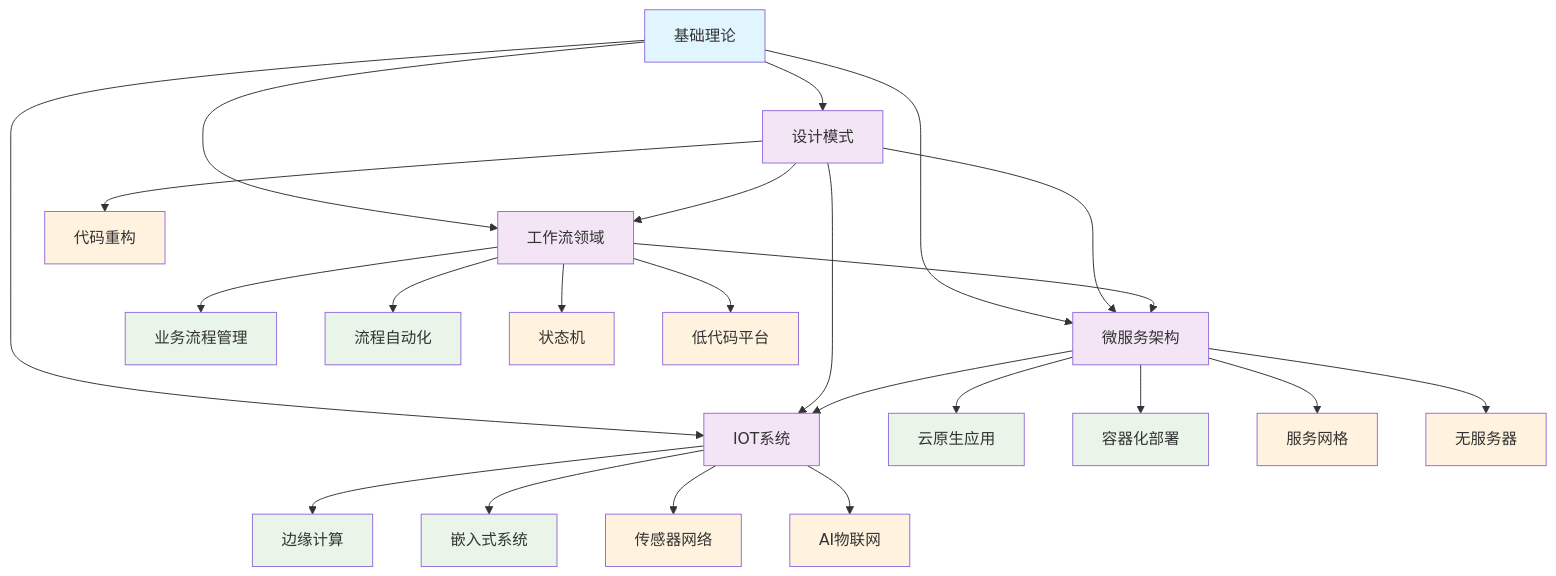
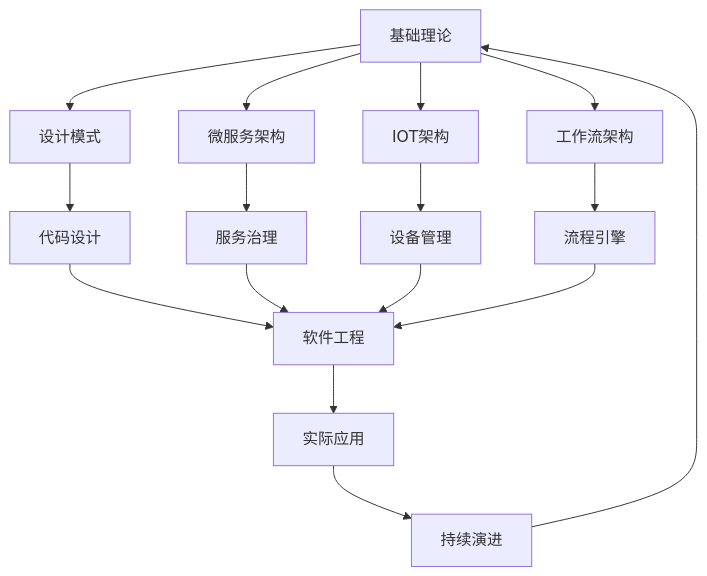
The diagram in Analysis/4-软件架构与工程/README.md (AdaMartin18010/Data-Science), drawn with Mermaid before and after one commit. The commit also changed other lines of this file and 11 other files, not shown here.

````diff
--- a/Analysis/4-软件架构与工程/README.md
+++ b/Analysis/4-软件架构与工程/README.md
@@ -37,45 +37,21 @@
 ```mermaid
 graph TB
-    %% 基础层
-    Theory[基础理论] --> Pattern[设计模式]
-    Theory --> Microservice[微服务架构]
-    Theory --> IOT[IOT系统]
-    Theory --> Workflow[工作流领域]
+    A[基础理论] --> B[设计模式]
+    A --> C[微服务架构]
+    A --> D[IOT架构]
+    A --> E[工作流架构]
     
-    %% 架构层交互
-    Pattern --> Microservice
-    Pattern --> IOT
-    Pattern --> Workflow
-    Microservice --> IOT
-    Workflow --> Microservice
+    B --> F[代码设计]
+    C --> G[服务治理]
+    D --> H[设备管理]
+    E --> I[流程引擎]
     
-    %% 应用层
-    Microservice --> Cloud[云原生应用]
-    Microservice --> Container[容器化部署]
-    IOT --> Edge[边缘计算]
-    IOT --> Embedded[嵌入式系统]
-    Workflow --> BPM[业务流程管理]
-    Workflow --> Automation[流程自动化]
+    F --> J[软件工程]
+    G --> J
+    H --> J
+    I --> J
     
-    %% 技术栈
-    Pattern --> Refactoring[代码重构]
-    Microservice --> ServiceMesh[服务网格]
-    IOT --> Sensor[传感器网络]
-    Workflow --> StateMachine[状态机]
-    
-    %% 新兴技术
-    Microservice --> Serverless[无服务器]
-    IOT --> AIoT[AI物联网]
-    Workflow --> LowCode[低代码平台]
-    
-    %% 样式
-    classDef foundation fill:#e1f5fe
-    classDef architecture fill:#f3e5f5
-    classDef application fill:#e8f5e8
-    classDef emerging fill:#fff3e0
-    
-    class Theory foundation
-    class Pattern,Microservice,IOT,Workflow architecture
-    class Cloud,Container,Edge,Embedded,BPM,Automation application
-    class Refactoring,ServiceMesh,Sensor,StateMachine,Serverless,AIoT,LowCode emerging
+    J --> K[实际应用]
+    K --> L[持续演进]
+    L --> A
 ```
````
